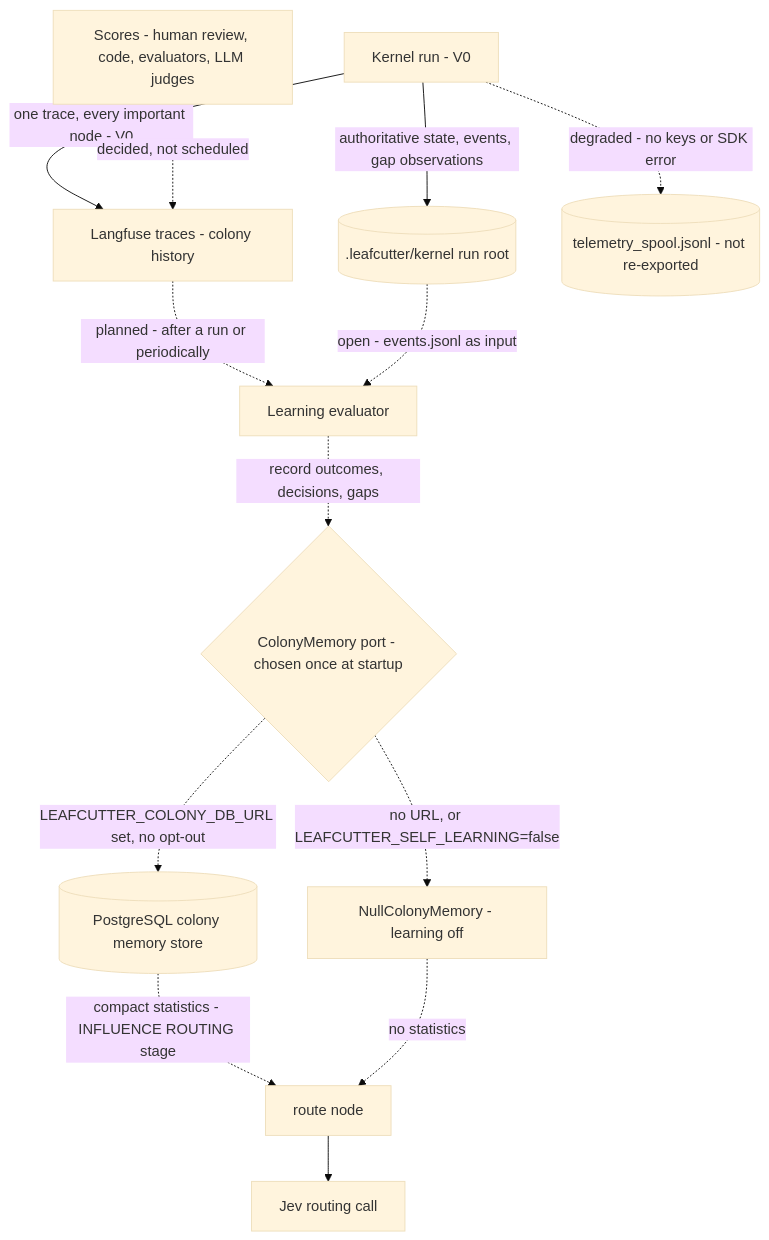
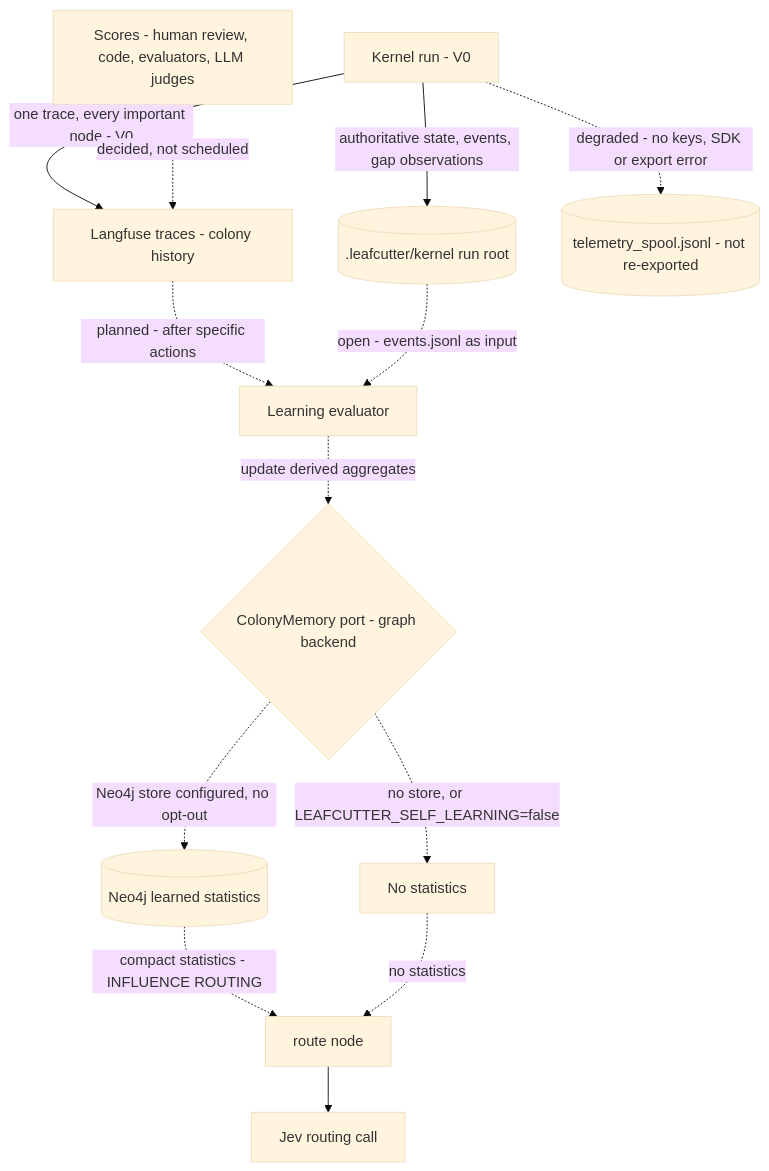
Before and after one commit to urlmonitor/leafcutter-ai: the second of 2 diagrams in docs/architecture/diagrams/decision-kernel-flows-learning-loop.md, drawn with Mermaid (base theme). The commit also changed other lines of this file and 24 other files, not shown here.

First line of the commit message:
docs(kernel): reconcile colony memory with ADR-059..062; ADR-065 moves learned statistics to Neo4j

````diff
--- a/docs/architecture/diagrams/decision-kernel-flows-learning-loop.md
+++ b/docs/architecture/diagrams/decision-kernel-flows-learning-loop.md
@@ -45,15 +94,15 @@
 ```mermaid
 flowchart TD
   RUN["Kernel run - V0"] -->|"authoritative state, events, gap observations"| RR[(".leafcutter/kernel run root")]
   RUN -->|"one trace, every important node - V0"| LF["Langfuse traces - colony history"]
-  RUN -.->|"degraded - no keys or SDK error"| SP[("telemetry_spool.jsonl - not re-exported")]
+  RUN -.->|"degraded - no keys, SDK or export error"| SP[("telemetry_spool.jsonl - not re-exported")]
   SCO["Scores - human review, code, evaluators, LLM judges"] -.->|"decided, not scheduled"| LF
-  LF -.->|"planned - after a run or periodically"| EV["Learning evaluator"]
+  LF -.->|"planned - after specific actions"| EV["Learning evaluator"]
   RR -.->|"open - events.jsonl as input"| EV
-  EV -.->|"record outcomes, decisions, gaps"| PORT{"ColonyMemory port - chosen once at startup"}
-  PORT -.->|"LEAFCUTTER_COLONY_DB_URL set, no opt-out"| PG[("PostgreSQL colony memory store")]
-  PORT -.->|"no URL, or LEAFCUTTER_SELF_LEARNING=false"| NUL["NullColonyMemory - learning off"]
-  PG -.->|"compact statistics - INFLUENCE ROUTING stage"| RTE["route node"]
+  EV -.->|"update derived aggregates"| PORT2{"ColonyMemory port - graph backend"}
+  PORT2 -.->|"Neo4j store configured, no opt-out"| NEO[("Neo4j learned statistics")]
+  PORT2 -.->|"no store, or LEAFCUTTER_SELF_LEARNING=false"| NUL["No statistics"]
+  NEO -.->|"compact statistics - INFLUENCE ROUTING"| RTE["route node"]
   NUL -.->|"no statistics"| RTE
   RTE --> JEV["Jev routing call"]
 ```
````
